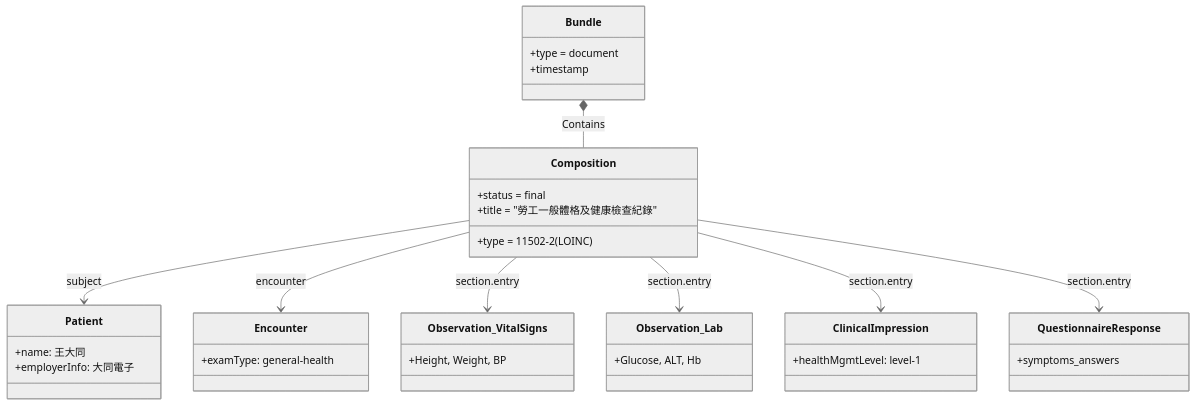
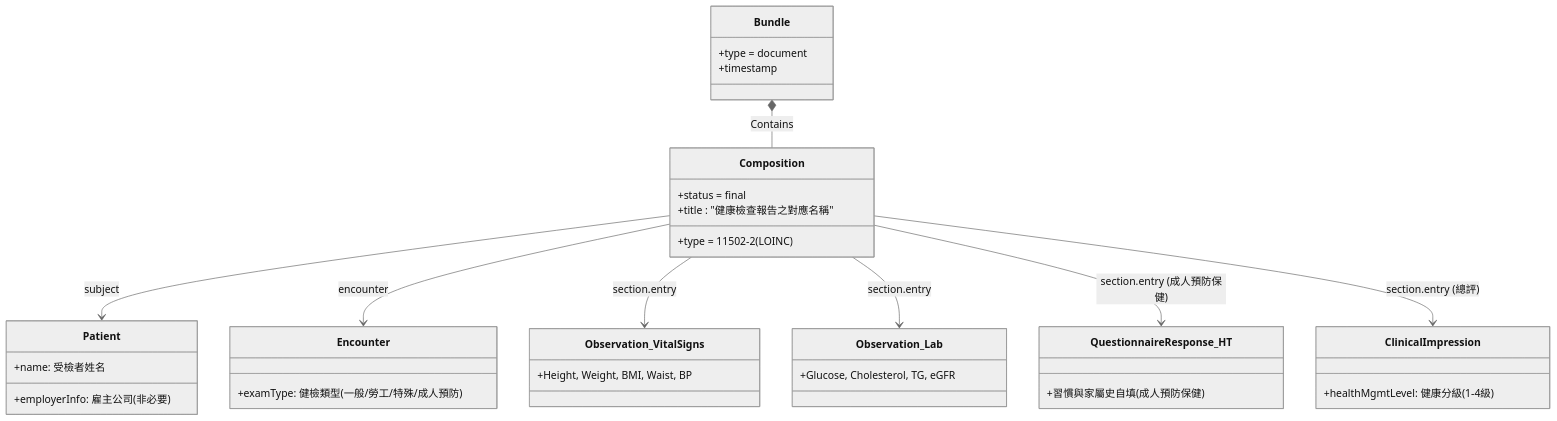
Before and after one commit to kunjulin/occupation_IG: the diagram in input/pagecontent/datamodel.md, drawn with Mermaid (neutral theme). The commit also changed other lines of this file and 8 other files, not shown here.

````diff
--- a/input/pagecontent/datamodel.md
+++ b/input/pagecontent/datamodel.md
@@ -11,39 +10,39 @@
 ```mermaid
 classDiagram
     class Bundle {
         +type = document
         +timestamp
     }
     class Composition {
         +status = final
         +type = 11502-2 (LOINC)
-        +title = "勞工一般體格及健康檢查紀錄"
+        +title : "健康檢查報告之對應名稱"
     }
     class Patient {
-        +name: 王大同
-        +employerInfo: 大同電子
+        +name: 受檢者姓名
+        +employerInfo: 雇主公司 (非必要)
     }
     class Encounter {
-        +examType: general-health
+        +examType: 健檢類型 (一般/勞工/特殊/成人預防)
     }
     class Observation_VitalSigns {
-        +Height, Weight, BP
+        +Height, Weight, BMI, Waist, BP
     }
     class Observation_Lab {
-        +Glucose, ALT, Hb
+        +Glucose, Cholesterol, TG, eGFR
+    }
+    class QuestionnaireResponse_HT {
+        +習慣與家屬史自填 (成人預防保健)
     }
     class ClinicalImpression {
-        +healthMgmtLevel: level-1
-    }
-    class QuestionnaireResponse {
-        +symptoms_answers
+        +healthMgmtLevel: 健康分級 (1-4級)
     }
 
     Bundle *-- Composition : Contains
     Composition --> Patient : subject
     Composition --> Encounter : encounter
     Composition --> Observation_VitalSigns : section.entry
     Composition --> Observation_Lab : section.entry
-    Composition --> ClinicalImpression : section.entry
-    Composition --> QuestionnaireResponse : section.entry
+    Composition --> QuestionnaireResponse_HT : section.entry (成人預防保健)
+    Composition --> ClinicalImpression : section.entry (總評)
 ```
````
